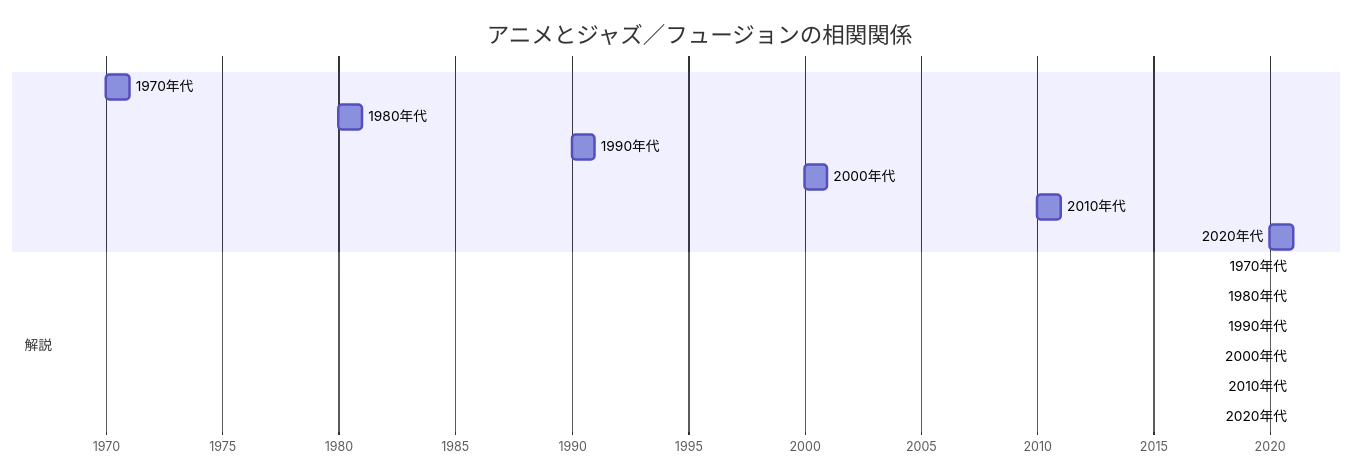
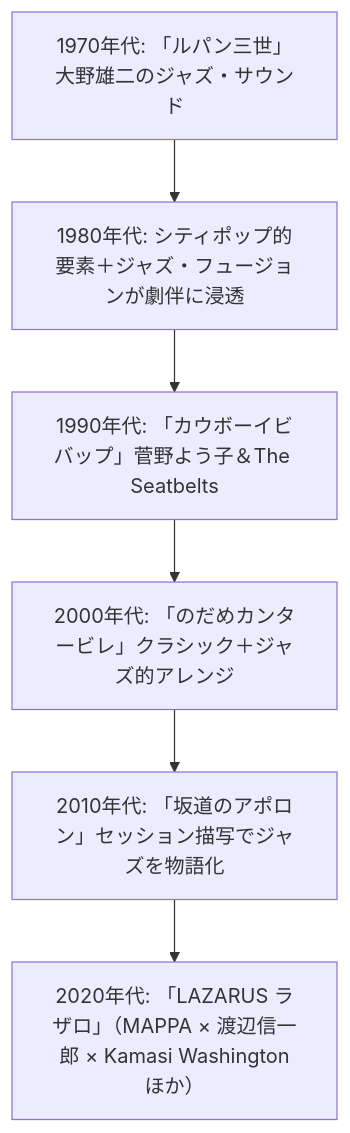
The diagram in _posts/2025-09-17-Column-Jazz-Fusion-Anime.md (monumental-movement/monumental-movement.github.io), drawn with Mermaid before and after one commit. The commit also changed 1 other file, not shown here.

```diff
--- a/_posts/2025-09-17-Column-Jazz-Fusion-Anime.md
+++ b/_posts/2025-09-17-Column-Jazz-Fusion-Anime.md
@@ -67,24 +67,14 @@
 <div class="mermaid">
 
-gantt
-    title アニメとジャズ／フュージョンの相関関係
-    dateFormat  YYYY
-    axisFormat  %Y
+flowchart TD
+    A1970["1970年代: 「ルパン三世」大野雄二のジャズ・サウンド"]
+    A198["1980年代: シティポップ的要素＋ジャズ・フュージョンが劇伴に浸透"]
+    A199["1990年代: 「カウボーイビバップ」菅野よう子＆The Seatbelts"]
+    A200["2000年代: 「のだめカンタービレ」クラシック＋ジャズ的アレンジ"]
+    A201["2010年代: 「坂道のアポロン」セッション描写でジャズを物語化"]
+    A202["2020年代: 「LAZARUS ラザロ」（MAPPA × 渡辺信一郎 × Kamasi Washingtonほか）"]
 
-    1970年代 : a1, 1970, 1y
-    1980年代 : a2, 1980, 1y
-    1990年代 : a3, 1990, 1y
-    2000年代 : a4, 2000, 1y
-    2010年代 : a5, 2010, 1y
-    2020年代 : a6, 2020, 1y
-
-    section 解説
-    1970年代 : 「ルパン三世」大野雄二のジャズ・サウンド
-    1980年代 : シティポップ的要素＋ジャズ・フュージョンが劇伴に浸透
-    1990年代 : 「カウボーイビバップ」菅野よう子＆The Seatbelts
-    2000年代 : 「のだめカンタービレ」クラシック＋ジャズ的アレンジ
-    2010年代 : 「坂道のアポロン」セッション描写でジャズを物語化
-    2020年代 : 「LAZARUS ラザロ」（MAPPA × 渡辺信一郎 × Kamasi Washingtonほか）
+    A1970 --> A198 --> A199 --> A200 --> A201 --> A202
 
 
 </div>
```
